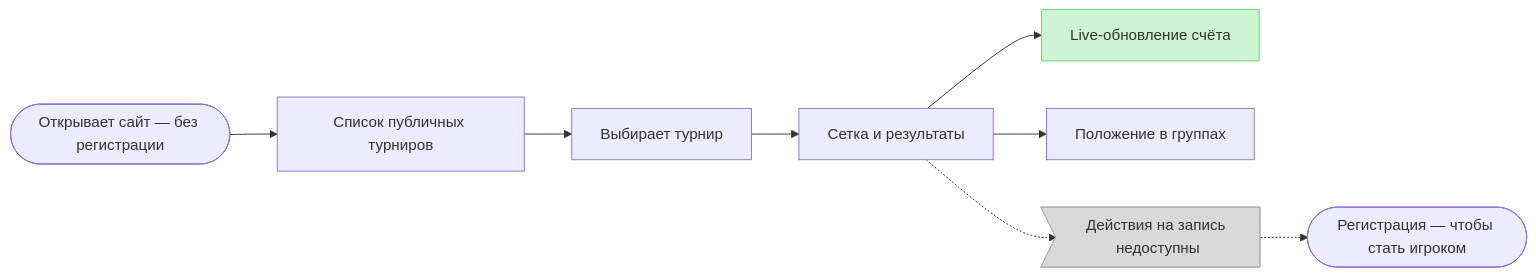
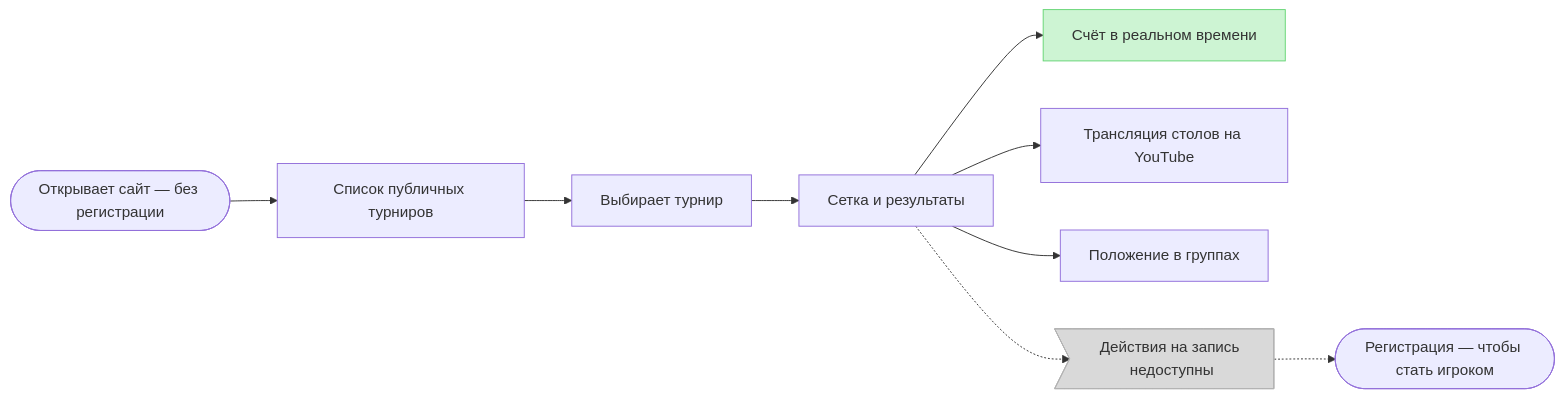
The ninth of 10 diagrams in USERFLOW.md (AssylanAkhanuly/tt_tournament), drawn with Mermaid before and after one commit. The commit also changed other lines of this file and 23 other files, not shown here.

First line of the commit message:
docs: привести архитектуру и user flow в соответствие с финальным ТЗ

````diff
--- a/USERFLOW.md
+++ b/USERFLOW.md
@@ -491,22 +475,24 @@
 ```mermaid
 flowchart LR
     openPage(["Открывает сайт — без регистрации"])
     list["Список публичных турниров"]
     pick["Выбирает турнир"]
     view["Сетка и результаты"]
-    live["Live-обновление счёта"]
+    live["Счёт в реальном времени"]
+    stream["Трансляция столов на YouTube"]
     standings["Положение в группах"]
     blocked>"Действия на запись недоступны"]
     signup(["Регистрация — чтобы стать игроком"])
 
     openPage --> list
     list --> pick
     pick --> view
     view --> live
+    view --> stream
     view --> standings
     view -.-> blocked
     blocked -.-> signup
 
     style blocked fill:#D9D9D9,stroke:#B3B3B3
     style live fill:#CDF4D3,stroke:#66D575
 ```
````
